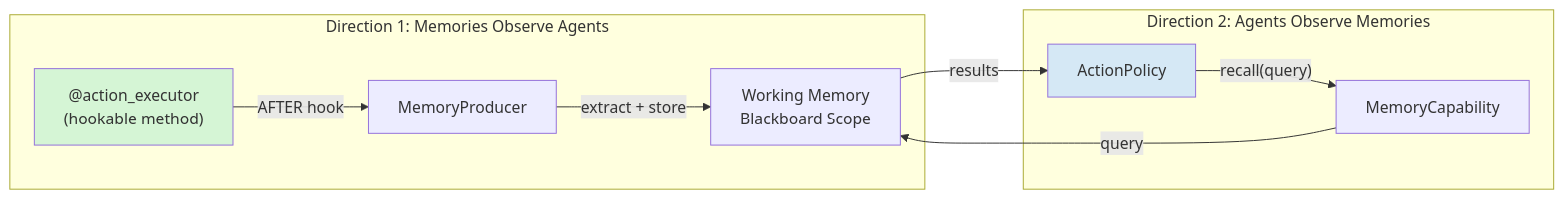
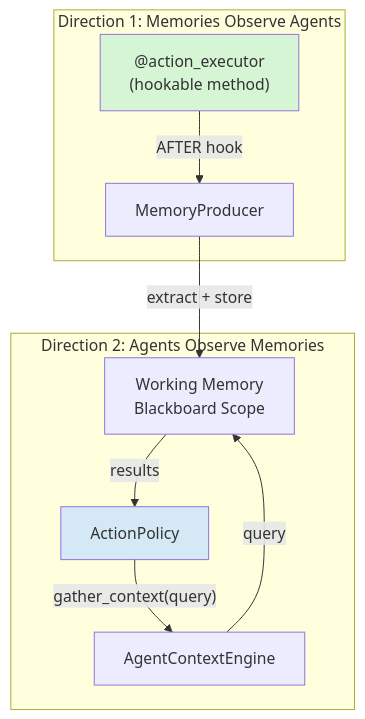
The first of 2 diagrams in docs/design-insights/memory-as-observer.md (Polymathera/colony), drawn with Mermaid before and after one commit. The commit also changed other lines of this file and 27 other files, not shown here.

````diff
--- a/docs/design-insights/memory-as-observer.md
+++ b/docs/design-insights/memory-as-observer.md
@@ -48,16 +62,18 @@
 ```mermaid
-graph LR
+graph TB
+
     subgraph "Direction 1: Memories Observe Agents"
         AE["@action_executor<br/>(hookable method)"] -->|"AFTER hook"| MP[MemoryProducer]
-        MP -->|"extract + store"| WM[Working Memory<br/>Blackboard Scope]
     end
 
+    MP -->|"extract + store"| WM[Working Memory<br/>Blackboard Scope]
+
     subgraph "Direction 2: Agents Observe Memories"
-        AP[ActionPolicy] -->|"recall(query)"| MC[MemoryCapability]
-        MC -->|"query"| WM
+        AP[ActionPolicy] -->|"gather_context(query)"| ACE[AgentContextEngine]
+        ACE -->|"query"| WM
         WM -->|"results"| AP
     end
 
     style AE fill:#d5f5d5
     style AP fill:#d5e8f5
 ```
````
